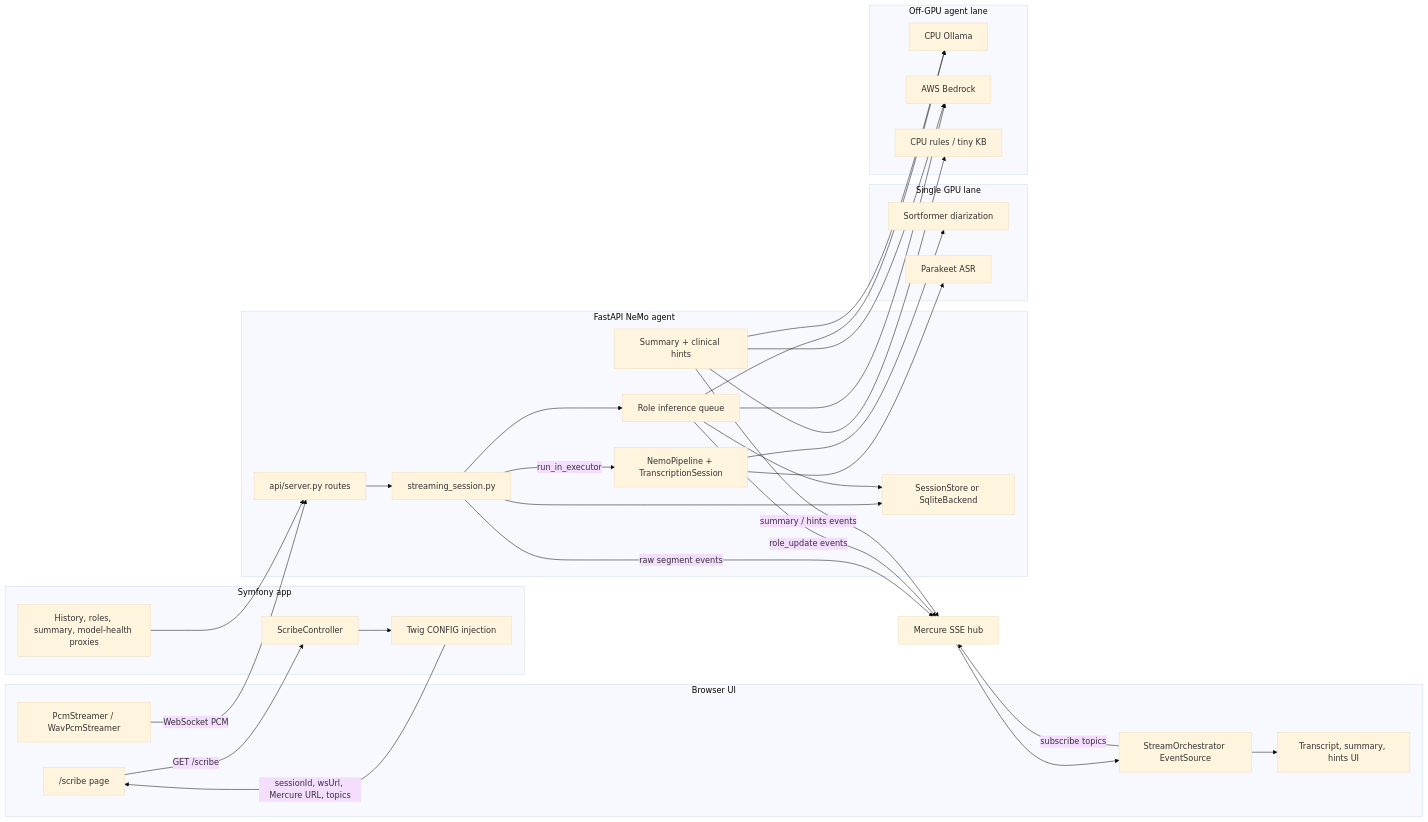
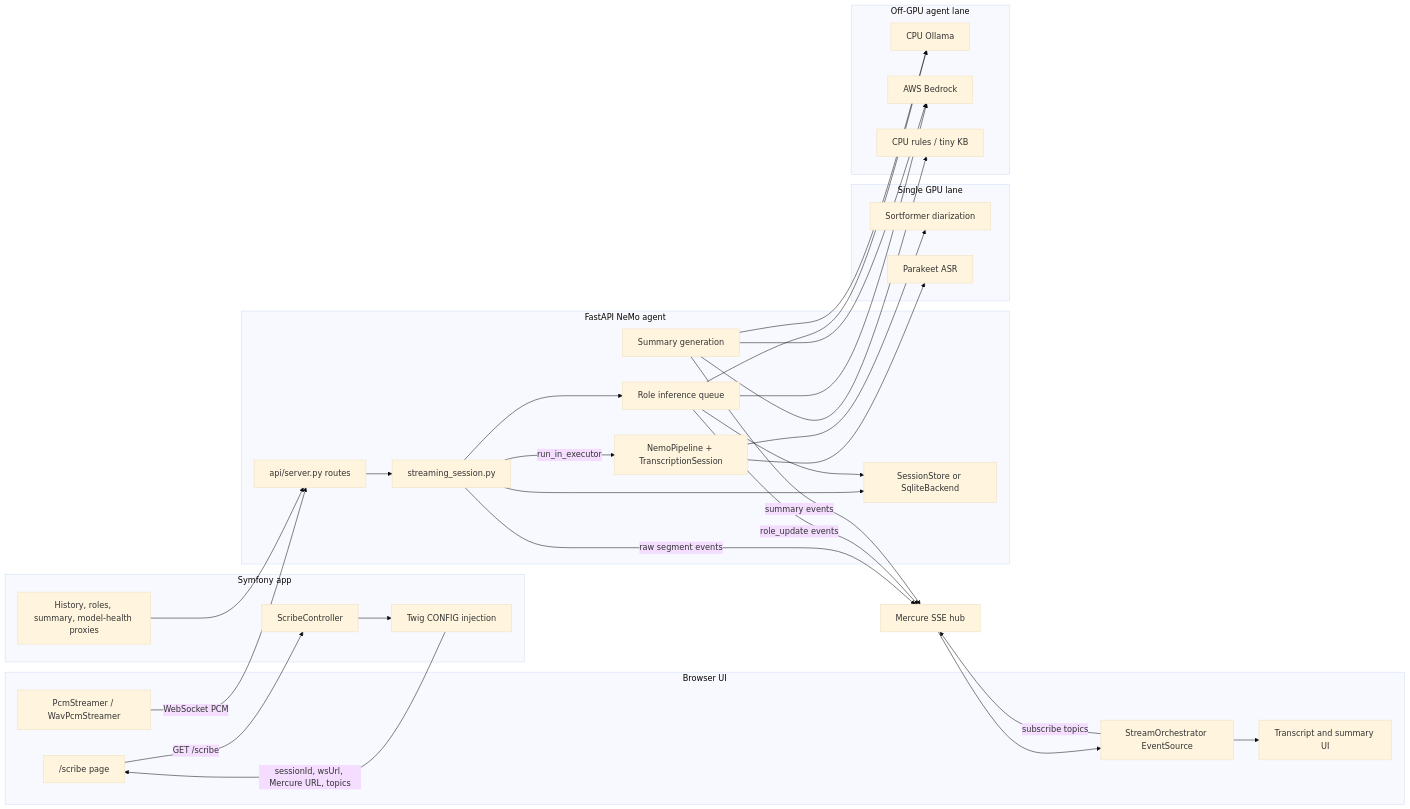
Before and after one commit to blundergoat/ambient-scribe: the first of 7 diagrams in README_HOW_IT_WORKS.md, drawn with Mermaid (base theme). The commit also changed other lines of this file and 54 other files, not shown here.

First line of the commit message:
Add corrected transcript storage, retrieval, and summary integration

````diff
--- a/README_HOW_IT_WORKS.md
+++ b/README_HOW_IT_WORKS.md
@@ -22,61 +22,61 @@
 ```mermaid
 flowchart LR
     subgraph Browser["Browser UI"]
         Page["/scribe page"]
         PCM["PcmStreamer / WavPcmStreamer"]
         Streams["StreamOrchestrator EventSource"]
-        Transcript["Transcript, summary, hints UI"]
+        Transcript["Transcript and summary UI"]
     end
 
     subgraph Symfony["Symfony app"]
         Controller["ScribeController"]
         Twig["Twig CONFIG injection"]
         Proxy["History, roles, summary, model-health proxies"]
     end
 
     subgraph FastAPI["FastAPI NeMo agent"]
         Routes["api/server.py routes"]
         Live["streaming_session.py"]
         Nemo["NemoPipeline + TranscriptionSession"]
         Store["SessionStore or SqliteBackend"]
         RoleQ["Role inference queue"]
-        Summary["Summary + clinical hints"]
+        Summary["Summary generation"]
     end
 
     subgraph SpeechGPU["Single GPU lane"]
         Sortformer["Sortformer diarization"]
         Parakeet["Parakeet ASR"]
     end
 
     subgraph OffGPU["Off-GPU agent lane"]
         Ollama["CPU Ollama"]
         Bedrock["AWS Bedrock"]
         Rules["CPU rules / tiny KB"]
     end
 
     Mercure["Mercure SSE hub"]
 
     Page -->|"GET /scribe"| Controller
     Controller --> Twig
     Twig -->|"sessionId, wsUrl, Mercure URL, topics"| Page
     PCM -->|"WebSocket PCM"| Routes
     Routes --> Live
     Live -->|"run_in_executor"| Nemo
     Nemo --> Sortformer
     Nemo --> Parakeet
     Live --> Store
     Live -->|"raw segment events"| Mercure
     Live --> RoleQ
     RoleQ --> Ollama
     RoleQ --> Bedrock
     RoleQ --> Store
     RoleQ -->|"role_update events"| Mercure
     Summary --> Ollama
     Summary --> Bedrock
     Summary --> Rules
-    Summary -->|"summary / hints events"| Mercure
+    Summary -->|"summary events"| Mercure
     Proxy --> Routes
     Streams -->|"subscribe topics"| Mercure
     Mercure --> Streams
     Streams --> Transcript
 ```
````
